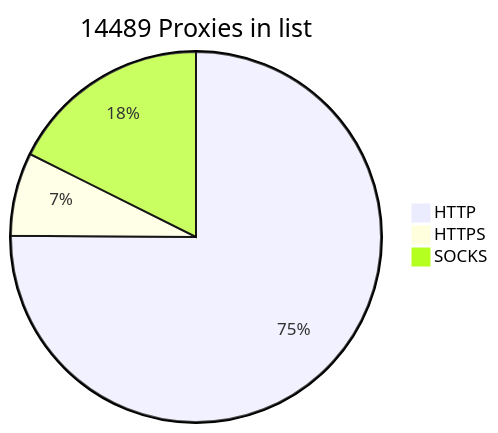
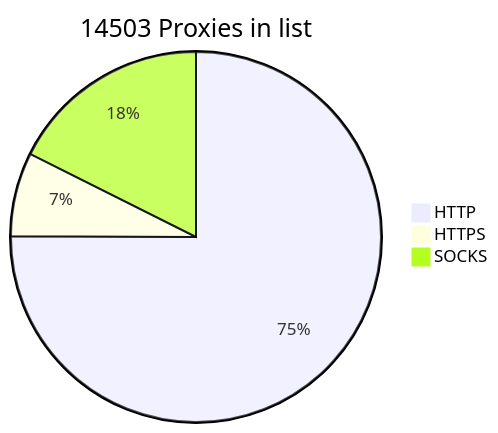
The diagram in README.md (BlackSnowDot/proxylist-update-every-minute), drawn with Mermaid before and after one commit.

````diff
--- a/README.md
+++ b/README.md
@@ -2,6 +2,6 @@
 ```mermaid
-pie title 14489 Proxies in list
-    "HTTP" : 11086
-    "HTTPS": 1074
-    "SOCKS" : 2601
+pie title 14503 Proxies in list
+    "HTTP" : 11091
+    "HTTPS": 1081
+    "SOCKS" : 2602
 ```
````
